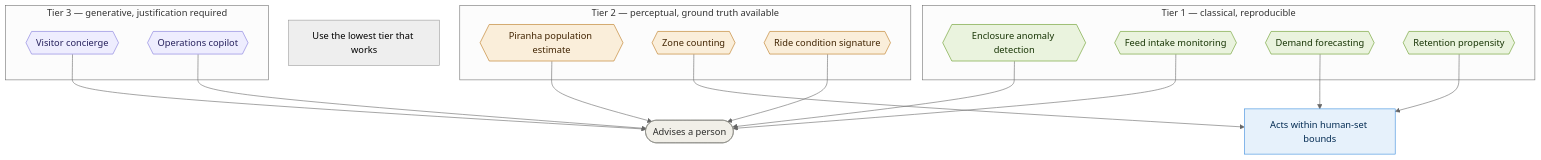
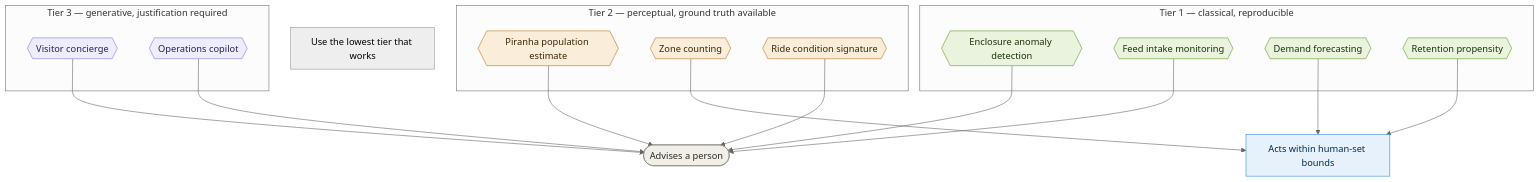
Before and after one commit to Humanberto/architectural-katas-2026: the diagram in docs/diagrams/03-ai-capability-map.md, drawn with Mermaid (neutral theme).

Commit message:
Modify AI capability map diagram in Markdown
Updated the AI capability map diagram with new formatting.

````diff
--- a/docs/diagrams/03-ai-capability-map.md
+++ b/docs/diagrams/03-ai-capability-map.md
@@ -9,50 +9,51 @@
 ```mermaid
+%%{init: {'flowchart': {'nodeSpacing': 55, 'rankSpacing': 75, 'curve': 'basis', 'padding': 12}}}%%
 flowchart TB
   rule[Use the lowest tier that works]
 
   subgraph tier1["Tier 1 — classical, reproducible"]
     anomaly{{Enclosure anomaly detection}}
     intake{{Feed intake monitoring}}
     forecast{{Demand forecasting}}
     propensity{{Retention propensity}}
   end
 
   subgraph tier2["Tier 2 — perceptual, ground truth available"]
     population{{Piranha population estimate}}
     presence{{Zone counting}}
     condition{{Ride condition signature}}
   end
 
   subgraph tier3["Tier 3 — generative, justification required"]
     concierge{{Visitor concierge}}
     copilot{{Operations copilot}}
   end
 
   advises([Advises a person])
   acts[Acts within human-set bounds]
 
   anomaly --> advises
   intake --> advises
   population --> advises
   condition --> advises
   concierge --> advises
   copilot --> advises
   presence --> acts
   forecast --> acts
   propensity --> acts
 
   classDef t1 fill:#EAF3DE,stroke:#639922,color:#173404
   classDef t2 fill:#FAEEDA,stroke:#BA7517,color:#412402
   classDef t3 fill:#EEEDFE,stroke:#7F77DD,color:#26215C
   classDef edge fill:#E1F5EE,stroke:#1D9E75,color:#04342C
   classDef cloud fill:#E6F1FB,stroke:#378ADD,color:#042C53
   classDef human fill:#F1EFE8,stroke:#888780,color:#2C2C2A
   classDef store fill:#FBEAF0,stroke:#D4537E,color:#4B1528
   classDef ext fill:#FCEBEB,stroke:#E24B4A,color:#501313
 
   class anomaly,intake,forecast,propensity t1
   class population,presence,condition t2
   class concierge,copilot t3
   class advises human
   class acts cloud
 ```
````
